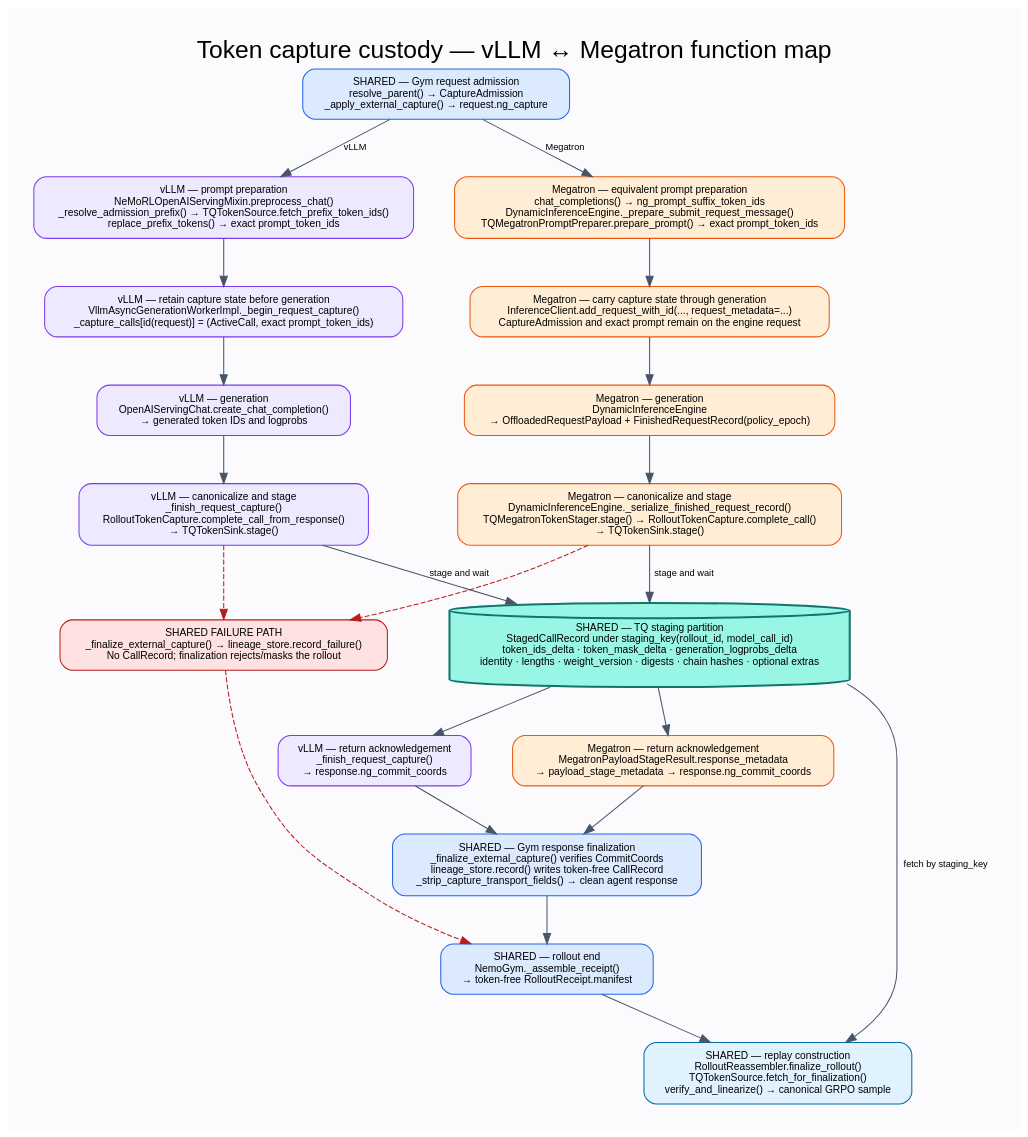
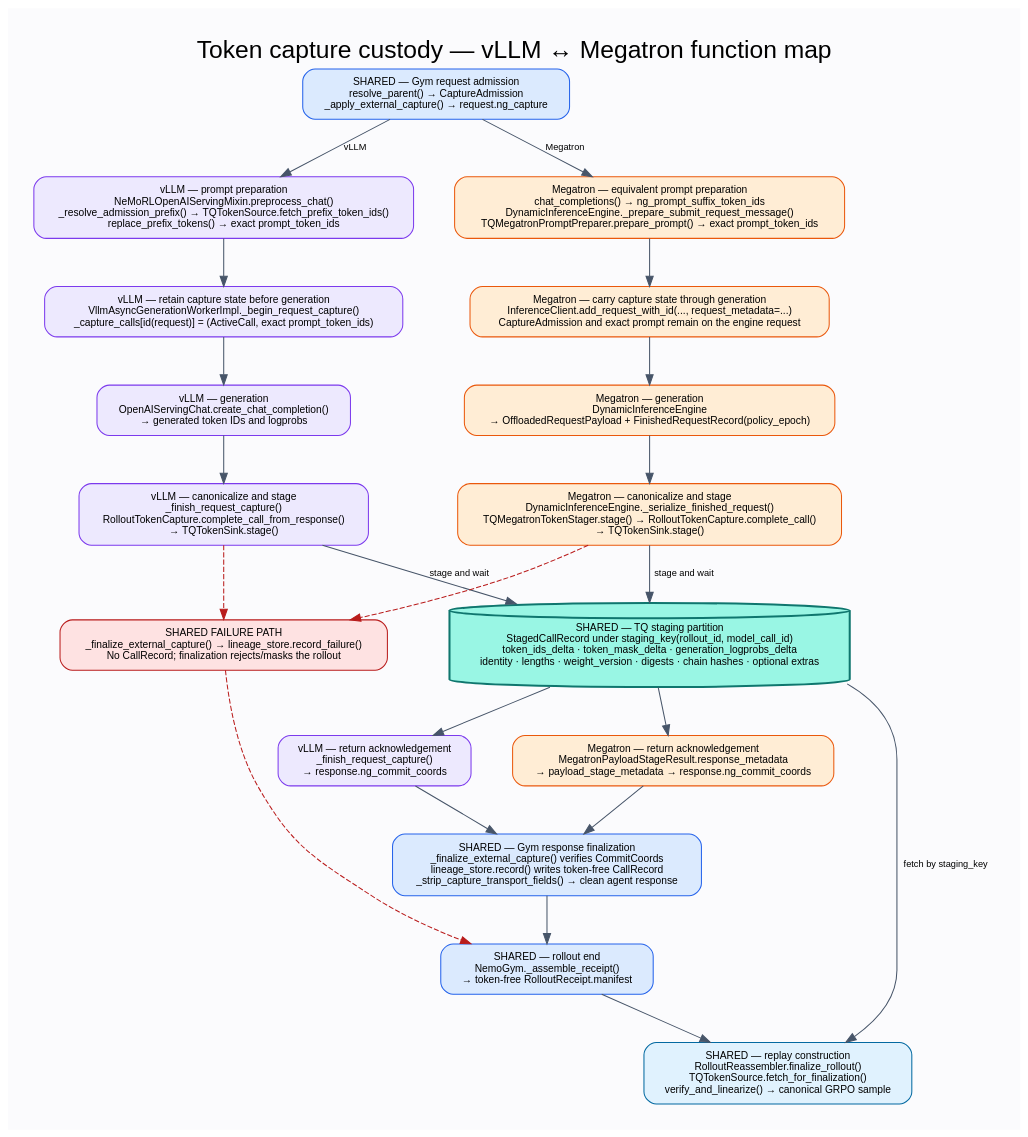
One commit to NVIDIA-NeMo/RL changed the diagram in docs/assets/token-capture-ledger-queue-data-flow.dot. Above: the diagram before and after it, drawn with Graphviz. The commit also changed 2 other files, not shown here.

Commit message:
docs(token-capture): align ledger design doc with attribution and metrics code

```diff
--- a/docs/assets/token-capture-ledger-queue-data-flow.dot
+++ b/docs/assets/token-capture-ledger-queue-data-flow.dot
@@ -1,153 +1,153 @@
 digraph token_capture_flow {
   graph [
     rankdir=TB,
     bgcolor="#fbfbfd",
     pad="0.35",
     nodesep="0.55",
     ranksep="0.62",
     fontname="Helvetica",
     labelloc="t",
     label="Token capture custody — vLLM ↔ Megatron function map",
     fontsize=24
   ];
 
   node [
     shape=box,
     style="rounded,filled",
     fillcolor="white",
     color="#475569",
     fontname="Helvetica",
     fontsize=10,
     margin="0.16,0.11"
   ];
   edge [color="#475569", fontname="Helvetica", fontsize=9];
 
   gym_admit [
     color="#2563eb",
     fillcolor="#dbeafe",
     label="SHARED — Gym request admission\nresolve_parent() → CaptureAdmission\n_apply_external_capture() → request.ng_capture"
   ];
 
   vllm_prepare [
     group="left",
     color="#7c3aed",
     fillcolor="#ede9fe",
     label="vLLM — prompt preparation\nNeMoRLOpenAIServingMixin.preprocess_chat()\n_resolve_admission_prefix() → TQTokenSource.fetch_prefix_token_ids()\nreplace_prefix_tokens() → exact prompt_token_ids"
   ];
   megatron_prepare [
     group="right",
     color="#ea580c",
     fillcolor="#ffedd5",
     label="Megatron — equivalent prompt preparation\nchat_completions() → ng_prompt_suffix_token_ids\nDynamicInferenceEngine._prepare_submit_request_message()\nTQMegatronPromptPreparer.prepare_prompt() → exact prompt_token_ids"
   ];
 
   vllm_admit [
     group="left",
     color="#7c3aed",
     fillcolor="#ede9fe",
     label="vLLM — retain capture state before generation\nVllmAsyncGenerationWorkerImpl._begin_request_capture()\n_capture_calls[id(request)] = (ActiveCall, exact prompt_token_ids)"
   ];
   megatron_admit [
     group="right",
     color="#ea580c",
     fillcolor="#ffedd5",
     label="Megatron — carry capture state through generation\nInferenceClient.add_request_with_id(..., request_metadata=...)\nCaptureAdmission and exact prompt remain on the engine request"
   ];
 
   vllm_generate [
     group="left",
     color="#7c3aed",
     fillcolor="#ede9fe",
     label="vLLM — generation\nOpenAIServingChat.create_chat_completion()\n→ generated token IDs and logprobs"
   ];
   megatron_generate [
     group="right",
     color="#ea580c",
     fillcolor="#ffedd5",
     label="Megatron — generation\nDynamicInferenceEngine\n→ OffloadedRequestPayload + FinishedRequestRecord(policy_epoch)"
   ];
 
   vllm_capture [
     group="left",
     color="#7c3aed",
     fillcolor="#ede9fe",
     label="vLLM — canonicalize and stage\n_finish_request_capture()\nRolloutTokenCapture.complete_call_from_response()\n→ TQTokenSink.stage()"
   ];
   megatron_capture [
     group="right",
     color="#ea580c",
     fillcolor="#ffedd5",
-    label="Megatron — canonicalize and stage\nDynamicInferenceEngine._serialize_finished_request_record()\nTQMegatronTokenStager.stage() → RolloutTokenCapture.complete_call()\n→ TQTokenSink.stage()"
+    label="Megatron — canonicalize and stage\nDynamicInferenceEngine._serialize_finished_request()\nTQMegatronTokenStager.stage() → RolloutTokenCapture.complete_call()\n→ TQTokenSink.stage()"
   ];
 
   tq_staging [
     shape=cylinder,
     color="#0f766e",
     fillcolor="#99f6e4",
     penwidth=2,
     label="SHARED — TQ staging partition\nStagedCallRecord under staging_key(rollout_id, model_call_id)\ntoken_ids_delta · token_mask_delta · generation_logprobs_delta\nidentity · lengths · weight_version · digests · chain hashes · optional extras"
   ];
 
   vllm_coords [
     group="left",
     color="#7c3aed",
     fillcolor="#ede9fe",
     label="vLLM — return acknowledgement\n_finish_request_capture()\n→ response.ng_commit_coords"
   ];
   megatron_coords [
     group="right",
     color="#ea580c",
     fillcolor="#ffedd5",
     label="Megatron — return acknowledgement\nMegatronPayloadStageResult.response_metadata\n→ payload_stage_metadata → response.ng_commit_coords"
   ];
 
   gym_commit [
     color="#2563eb",
     fillcolor="#dbeafe",
     label="SHARED — Gym response finalization\n_finalize_external_capture() verifies CommitCoords\nlineage_store.record() writes token-free CallRecord\n_strip_capture_transport_fields() → clean agent response"
   ];
 
   capture_failure [
     color="#b91c1c",
     fillcolor="#fee2e2",
     label="SHARED FAILURE PATH\n_finalize_external_capture() → lineage_store.record_failure()\nNo CallRecord; finalization rejects/masks the rollout"
   ];
 
   receipt [
     color="#2563eb",
     fillcolor="#dbeafe",
     label="SHARED — rollout end\nNemoGym._assemble_receipt()\n→ token-free RolloutReceipt.manifest"
   ];
 
   finalizer [
     color="#0369a1",
     fillcolor="#e0f2fe",
     label="SHARED — replay construction\nRolloutReassembler.finalize_rollout()\nTQTokenSource.fetch_for_finalization()\nverify_and_linearize() → canonical GRPO sample"
   ];
 
   gym_admit -> vllm_prepare [label="vLLM"];
   gym_admit -> megatron_prepare [label="Megatron"];
   vllm_prepare -> vllm_admit;
   megatron_prepare -> megatron_admit;
   vllm_admit -> vllm_generate;
   megatron_admit -> megatron_generate;
   vllm_generate -> vllm_capture;
   megatron_generate -> megatron_capture;
   vllm_capture -> tq_staging [label="stage and wait"];
   megatron_capture -> tq_staging [label="stage and wait"];
   tq_staging -> vllm_coords;
   tq_staging -> megatron_coords;
   vllm_coords -> gym_commit;
   megatron_coords -> gym_commit;
   vllm_capture -> capture_failure [style=dashed, color="#b91c1c"];
   megatron_capture -> capture_failure [style=dashed, color="#b91c1c"];
   gym_commit -> receipt;
   capture_failure -> receipt [style=dashed, color="#b91c1c"];
   receipt -> finalizer;
   finalizer -> tq_staging [label="fetch by staging_key", dir=back];
   { rank=same; vllm_prepare; megatron_prepare; }
   { rank=same; vllm_admit; megatron_admit; }
   { rank=same; vllm_generate; megatron_generate; }
   { rank=same; vllm_capture; megatron_capture; }
   { rank=same; vllm_coords; megatron_coords; }
 }
```
